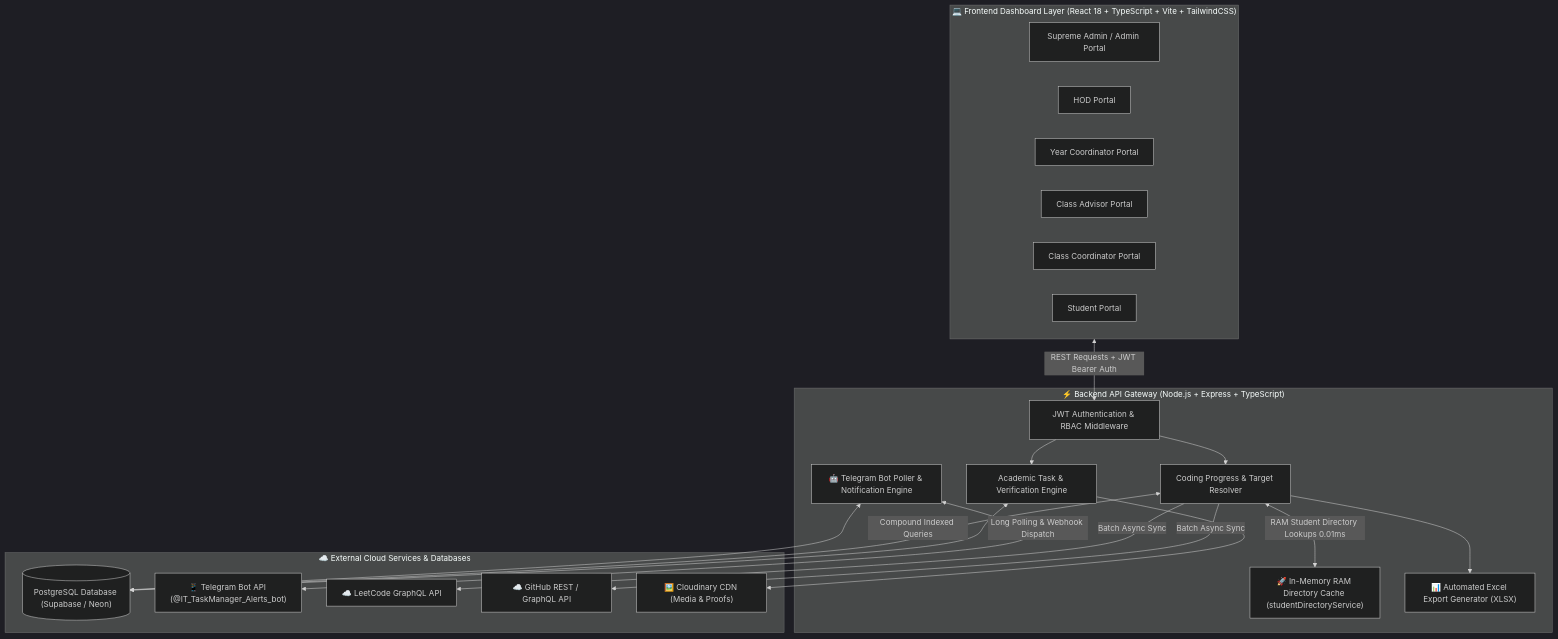
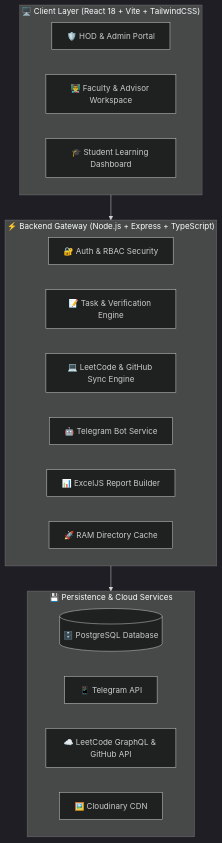
The first of 3 diagrams in README.md (Tharun4743/IT_taskmanager), drawn with Mermaid (dark theme) before and after one commit. The commit also changed other lines of this file and 14 other files, not shown here.

Commit message:
feat: complete Telegram bot analysis, LeetCode CSV auto-export, backup auto-push, and documentation polish

````diff
--- a/README.md
+++ b/README.md
@@ -17,41 +38,27 @@
 ```mermaid
-graph TD
-    subgraph Frontend["💻 Frontend Dashboard Layer (React 18 + TypeScript + Vite + TailwindCSS)"]
-        AdminUI["Supreme Admin / Admin Portal"]
-        HODUI["HOD Portal"]
-        YearCoordUI["Year Coordinator Portal"]
-        AdvisorUI["Class Advisor Portal"]
-        ClassCoordUI["Class Coordinator Portal"]
-        StudentUI["Student Portal"]
+flowchart TD
+    subgraph UI["🖥️ Client Layer (React 18 + Vite + TailwindCSS)"]
+        A1["🛡️ HOD & Admin Portal"]
+        A2["👨‍🏫 Faculty & Advisor Workspace"]
+        A3["🎓 Student Learning Dashboard"]
     end
 
-    subgraph Backend["⚡ Backend API Gateway (Node.js + Express + TypeScript)"]
-        AuthModule["JWT Authentication & RBAC Middleware"]
-        TaskEngine["Academic Task & Verification Engine"]
-        CodingEngine["Coding Progress & Target Resolver"]
-        TelegramService["🤖 Telegram Bot Poller & Notification Engine"]
-        RAMCache["🚀 In-Memory RAM Directory Cache (studentDirectoryService)"]
-        ExcelService["📊 Automated Excel Export Generator (XLSX)"]
+    subgraph API["⚡ Backend Gateway (Node.js + Express + TypeScript)"]
+        B1["🔐 Auth & RBAC Security"]
+        B2["📝 Task & Verification Engine"]
+        B3["💻 LeetCode & GitHub Sync Engine"]
+        B4["🤖 Telegram Bot Service"]
+        B5["📊 ExcelJS Report Builder"]
+        B6["🚀 RAM Directory Cache"]
     end
 
-    subgraph External["☁️ External Cloud Services & Databases"]
-        PostgresDB[("PostgreSQL Database (Supabase / Neon)")]
-        TelegramAPI["📱 Telegram Bot API (@IT_TaskManager_Alerts_bot)"]
-        LeetCodeAPI["☁️ LeetCode GraphQL API"]
-        GitHubAPI["☁️ GitHub REST / GraphQL API"]
-        CloudinaryAPI["🖼️ Cloudinary CDN (Media & Proofs)"]
+    subgraph Storage["💾 Persistence & Cloud Services"]
+        C1[("🗄️ PostgreSQL Database")]
+        C2["📱 Telegram API"]
+        C3["☁️ LeetCode GraphQL & GitHub API"]
+        C4["🖼️ Cloudinary CDN"]
     end
 
-    Frontend <-->|REST Requests + JWT Bearer Auth| AuthModule
-    AuthModule --> TaskEngine
-    AuthModule --> CodingEngine
-    TaskEngine <--> PostgresDB
-    CodingEngine <-->|RAM Student Directory Lookups 0.01ms| RAMCache
-    CodingEngine <-->|Compound Indexed Queries| PostgresDB
-    CodingEngine -->|Batch Async Sync| LeetCodeAPI
-    CodingEngine -->|Batch Async Sync| GitHubAPI
-    CodingEngine --> ExcelService
-    TelegramService <-->|Long Polling & Webhook Dispatch| TelegramAPI
-    TelegramService <--> PostgresDB
-    TaskEngine --> CloudinaryAPI
+    UI --> API
+    API --> Storage
 ```
````
